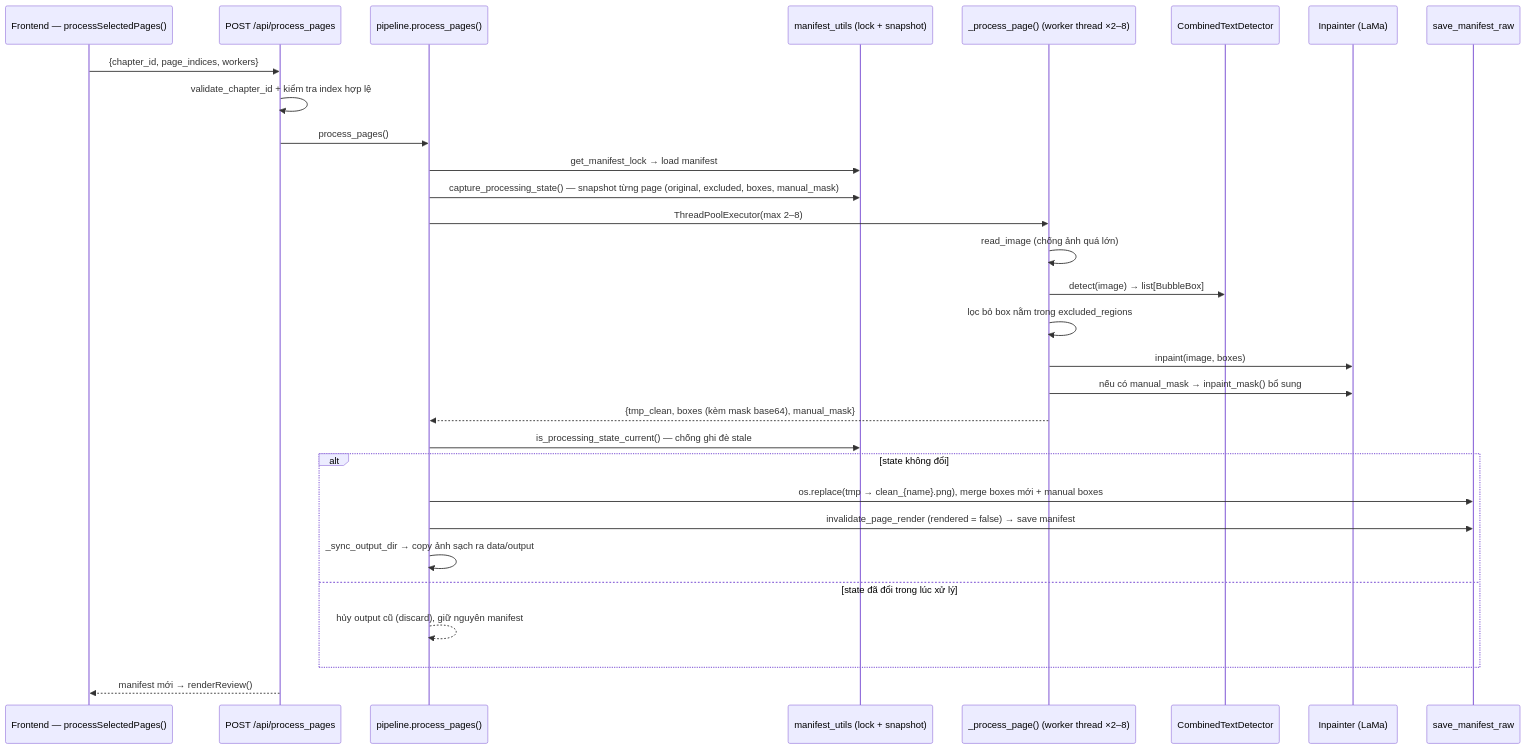
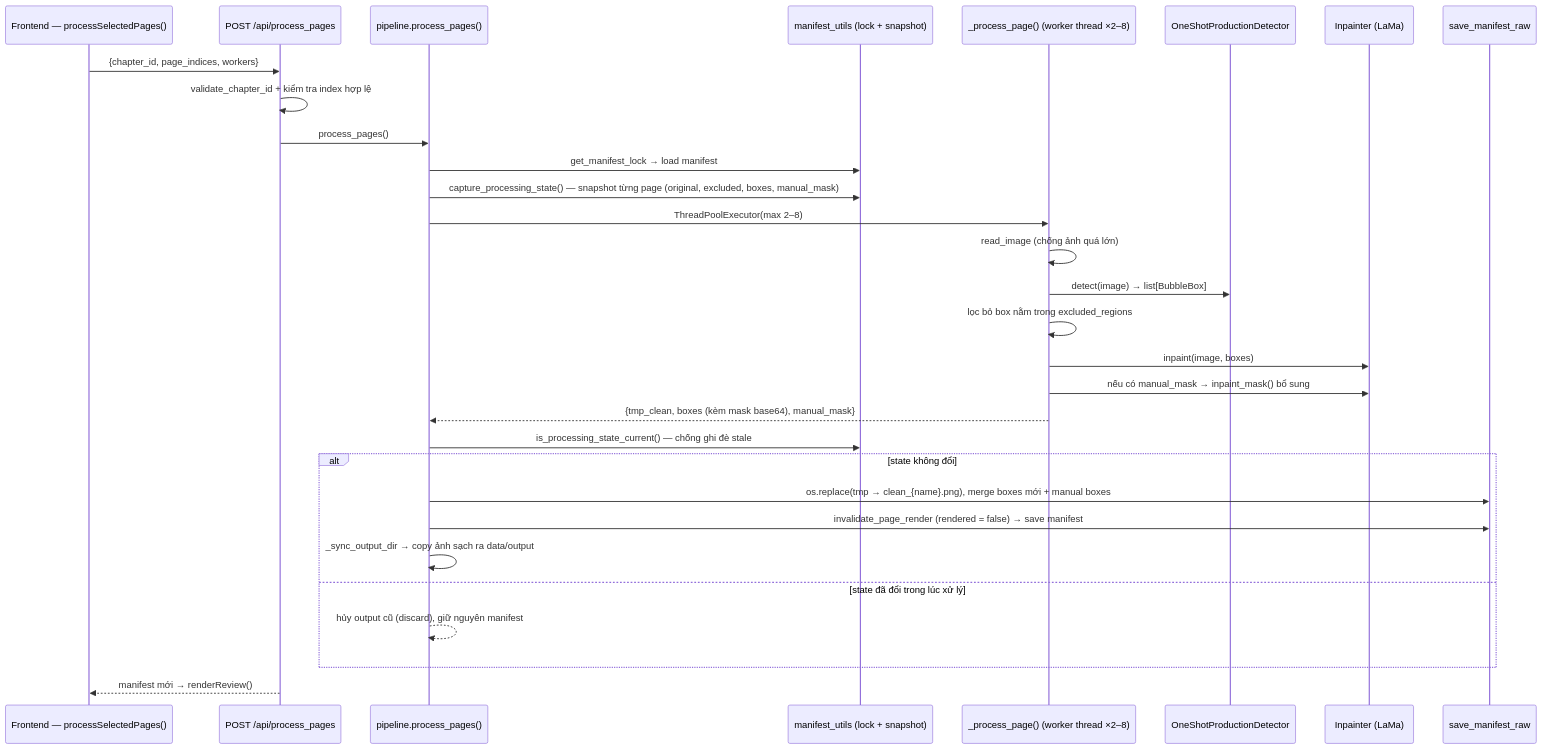
Before and after one commit to tuantran00541-spec/manga-translator: the fifth of 12 diagrams in docs/ARCHITECTURE.md, drawn with Mermaid. The commit also changed other lines of this file and 97 other files, not shown here.

````diff
--- a/docs/ARCHITECTURE.md
+++ b/docs/ARCHITECTURE.md
@@ -141,33 +141,33 @@
 ```mermaid
 sequenceDiagram
     participant UI as Frontend — processSelectedPages()
     participant RT as POST /api/process_pages
     participant PL as pipeline.process_pages()
     participant LK as manifest_utils (lock + snapshot)
     participant PP as _process_page() (worker thread ×2–8)
-    participant DET as CombinedTextDetector
+    participant DET as OneShotProductionDetector
     participant LAMA as Inpainter (LaMa)
     participant MAN as save_manifest_raw
 
     UI->>RT: {chapter_id, page_indices, workers}
     RT->>RT: validate_chapter_id + kiểm tra index hợp lệ
     RT->>PL: process_pages()
     PL->>LK: get_manifest_lock → load manifest
     PL->>LK: capture_processing_state() — snapshot từng page (original, excluded, boxes, manual_mask)
     PL->>PP: ThreadPoolExecutor(max 2–8)
     PP->>PP: read_image (chống ảnh quá lớn)
     PP->>DET: detect(image) → list[BubbleBox]
     PP->>PP: lọc bỏ box nằm trong excluded_regions
     PP->>LAMA: inpaint(image, boxes)
     PP->>LAMA: nếu có manual_mask → inpaint_mask() bổ sung
     PP-->>PL: {tmp_clean, boxes (kèm mask base64), manual_mask}
     PL->>LK: is_processing_state_current() — chống ghi đè stale
     alt state không đổi
         PL->>MAN: os.replace(tmp → clean_{name}.png), merge boxes mới + manual boxes
         PL->>MAN: invalidate_page_render (rendered = false) → save manifest
         PL->>PL: _sync_output_dir → copy ảnh sạch ra data/output
     else state đã đổi trong lúc xử lý
         PL-->>PL: hủy output cũ (discard), giữ nguyên manifest
     end
     RT-->>UI: manifest mới → renderReview()
 ```
````
